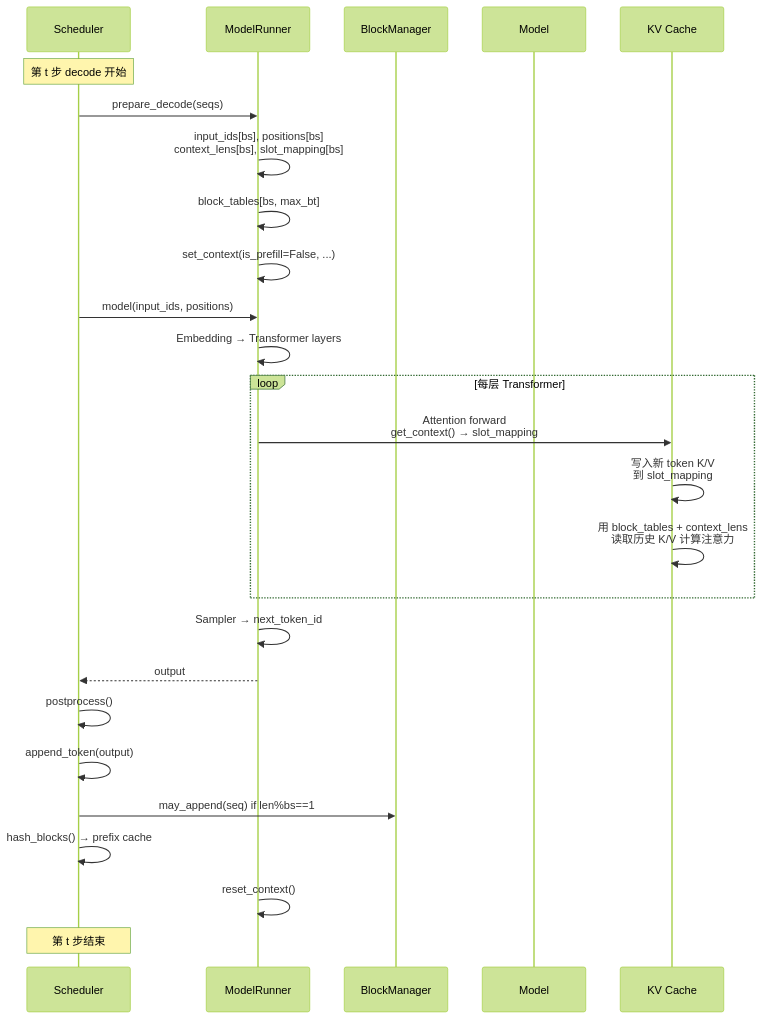
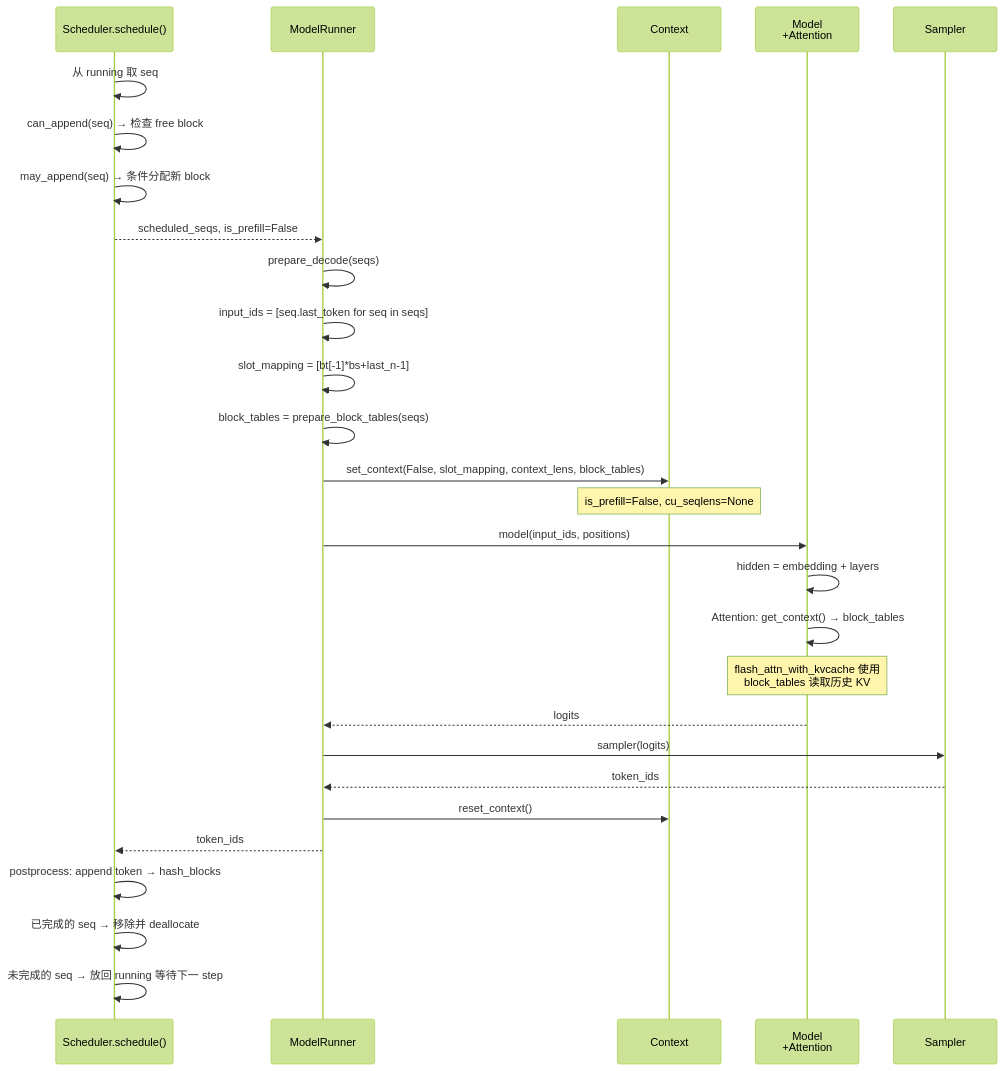
One commit to ForceInjection/nano-vllm changed the fourth of 4 diagrams in docs/llm-inference-visual/slides/slides.06.md. Above: the diagram before and after it, drawn with Mermaid (forest theme). The commit also changed other lines of this file, not shown here.

````diff
--- a/docs/llm-inference-visual/slides/slides.06.md
+++ b/docs/llm-inference-visual/slides/slides.06.md
@@ -785,35 +651,37 @@
-```mermaid {scale: 0.55}
+```mermaid {scale: 0.45}
 sequenceDiagram
-    participant S as Scheduler
-    participant R as ModelRunner
-    participant BM as BlockManager
-    participant M as Model
-    participant K as KV Cache
+    participant Sched as Scheduler.schedule()
+    participant Runner as ModelRunner
+    participant CTX as Context
+    participant Model as Model<br/>+Attention
+    participant Sampler as Sampler
 
-    Note over S: 第 t 步 decode 开始
+    Sched->>Sched: 从 running 取 seq
+    Sched->>Sched: can_append(seq) → 检查 free block
+    Sched->>Sched: may_append(seq) → 条件分配新 block
+    Sched-->>Runner: scheduled_seqs, is_prefill=False
 
-    S->>R: prepare_decode(seqs)
-    R->>R: input_ids[bs], positions[bs]<br/>context_lens[bs], slot_mapping[bs]
-    R->>R: block_tables[bs, max_bt]
-    R->>R: set_context(is_prefill=False, ...)
+    Runner->>Runner: prepare_decode(seqs)
+    Runner->>Runner: input_ids = [seq.last_token for seq in seqs]
+    Runner->>Runner: slot_mapping = [bt[-1]*bs+last_n-1]
+    Runner->>Runner: block_tables = prepare_block_tables(seqs)
+    Runner->>CTX: set_context(False, slot_mapping, context_lens, block_tables)
+    Note over CTX: is_prefill=False, cu_seqlens=None
 
-    S->>R: model(input_ids, positions)
-    R->>R: Embedding → Transformer layers
+    Runner->>Model: model(input_ids, positions)
+    Model->>Model: hidden = embedding + layers
+    Model->>Model: Attention: get_context() → block_tables
+    Note over Model: flash_attn_with_kvcache 使用<br/>block_tables 读取历史 KV
 
-    loop 每层 Transformer
-        R->>K: Attention forward<br/>get_context() → slot_mapping
-        K->>K: 写入新 token K/V<br/>到 slot_mapping
-        K->>K: 用 block_tables + context_lens<br/>读取历史 K/V 计算注意力
-    end
+    Model-->>Runner: logits
 
-    R->>R: Sampler → next_token_id
-    R-->>S: output
+    Runner->>Sampler: sampler(logits)
+    Sampler-->>Runner: token_ids
 
-    S->>S: postprocess()
-    S->>S: append_token(output)
-    S->>BM: may_append(seq) if len%bs==1
-    S->>S: hash_blocks() → prefix cache
+    Runner->>CTX: reset_context()
+    Runner-->>Sched: token_ids
 
-    R->>R: reset_context()
-    Note over S: 第 t 步结束
+    Sched->>Sched: postprocess: append token → hash_blocks
+    Sched->>Sched: 已完成的 seq → 移除并 deallocate
+    Sched->>Sched: 未完成的 seq → 放回 running 等待下一 step
 ```
````
